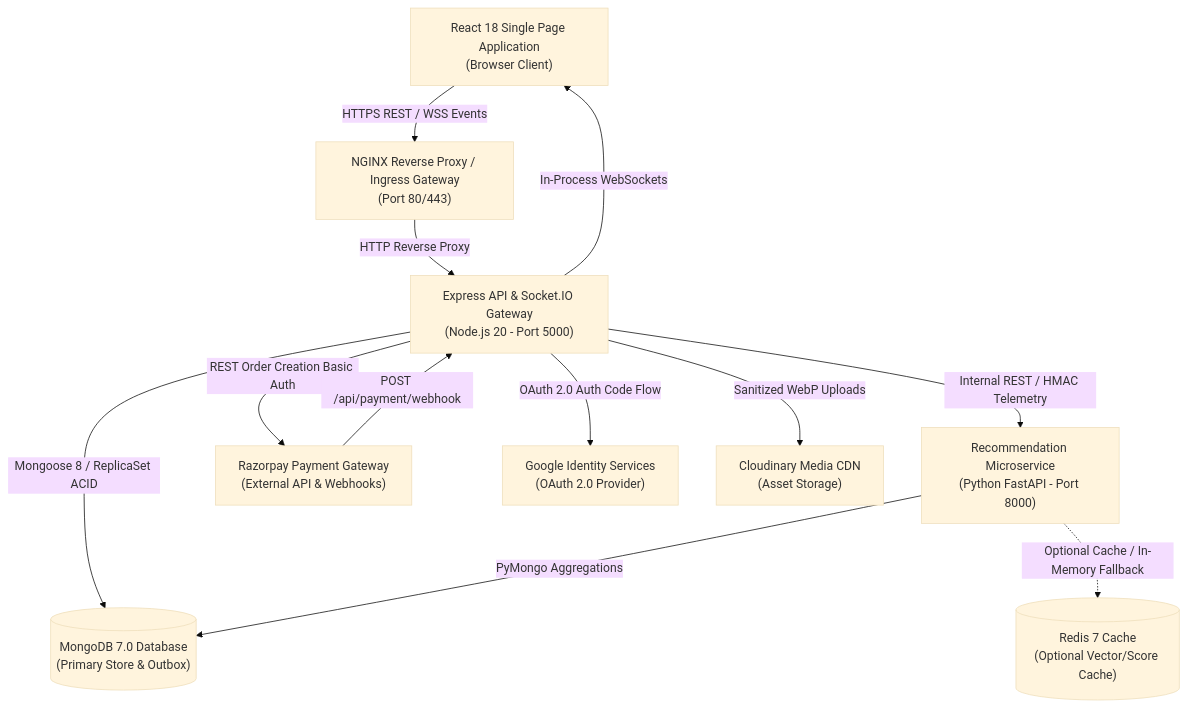
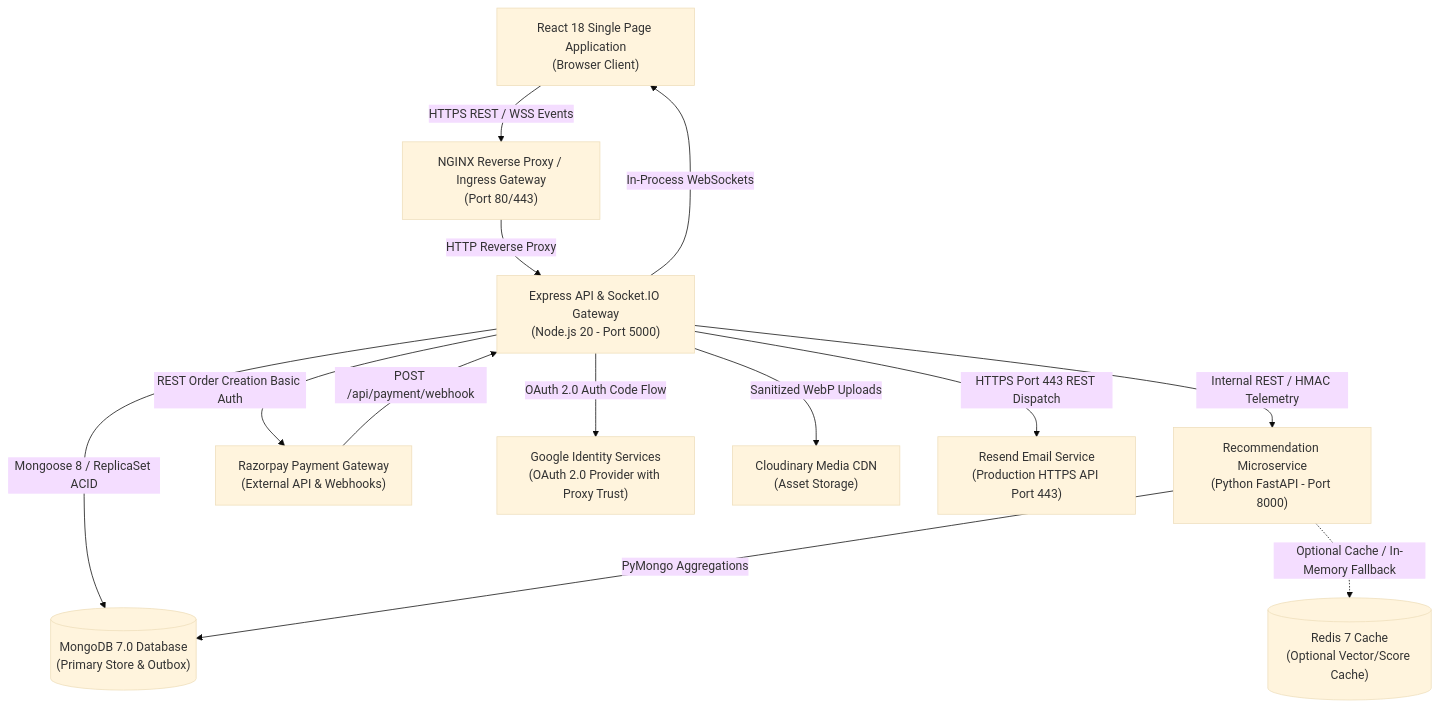
One commit to OmSardar/AuctionX-Enhanced-Live-AI-Auction-Platform changed the first of 10 diagrams in README.md. Above: the diagram before and after it, drawn with Mermaid (base theme). The commit also changed other lines of this file and 29 other files, not shown here.

First line of the commit message:
feat(email,oauth,docs): production Resend dual-provider delivery, OAuth proxy fix & doc sync

````diff
--- a/README.md
+++ b/README.md
@@ -230,24 +230,26 @@
 ```mermaid
 graph TD
     Client["React 18 Single Page Application<br/>(Browser Client)"]
     NGINX["NGINX Reverse Proxy / Ingress Gateway<br/>(Port 80/443)"]
     Server["Express API & Socket.IO Gateway<br/>(Node.js 20 - Port 5000)"]
     FastAPI["Recommendation Microservice<br/>(Python FastAPI - Port 8000)"]
     MongoDB[("MongoDB 7.0 Database<br/>(Primary Store & Outbox)")]
     Redis[("Redis 7 Cache<br/>(Optional Vector/Score Cache)")]
     Razorpay["Razorpay Payment Gateway<br/>(External API & Webhooks)"]
-    Google["Google Identity Services<br/>(OAuth 2.0 Provider)"]
+    Google["Google Identity Services<br/>(OAuth 2.0 Provider with Proxy Trust)"]
     Cloudinary["Cloudinary Media CDN<br/>(Asset Storage)"]
+    ResendMail["Resend Email Service<br/>(Production HTTPS API Port 443)"]
 
     Client -->|HTTPS REST / WSS Events| NGINX
     NGINX -->|HTTP Reverse Proxy| Server
     Server -->|Mongoose 8 / ReplicaSet ACID| MongoDB
     Server -->|In-Process WebSockets| Client
     Server -->|Internal REST / HMAC Telemetry| FastAPI
     FastAPI -->|PyMongo Aggregations| MongoDB
     FastAPI -.->|Optional Cache / In-Memory Fallback| Redis
     Server -->|REST Order Creation Basic Auth| Razorpay
     Razorpay -->|POST /api/payment/webhook| Server
     Server -->|OAuth 2.0 Auth Code Flow| Google
     Server -->|Sanitized WebP Uploads| Cloudinary
+    Server -->|HTTPS Port 443 REST Dispatch| ResendMail
 ```
````
